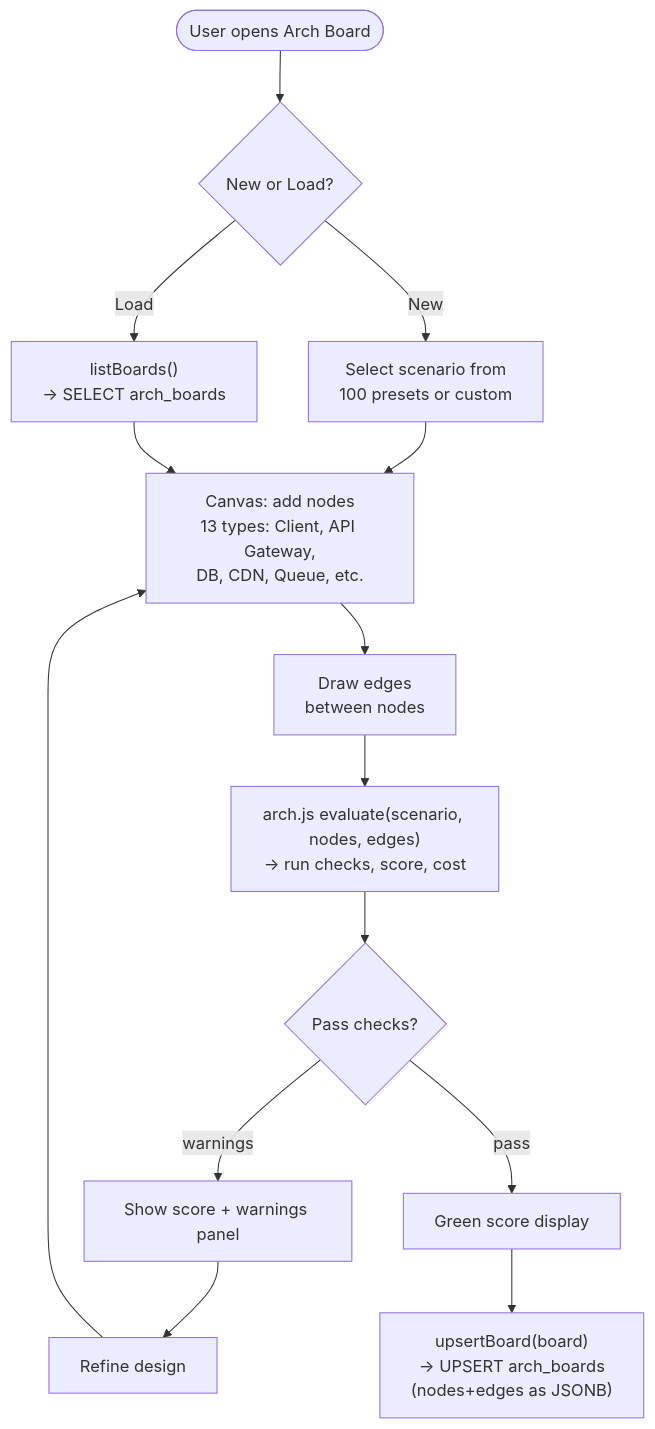
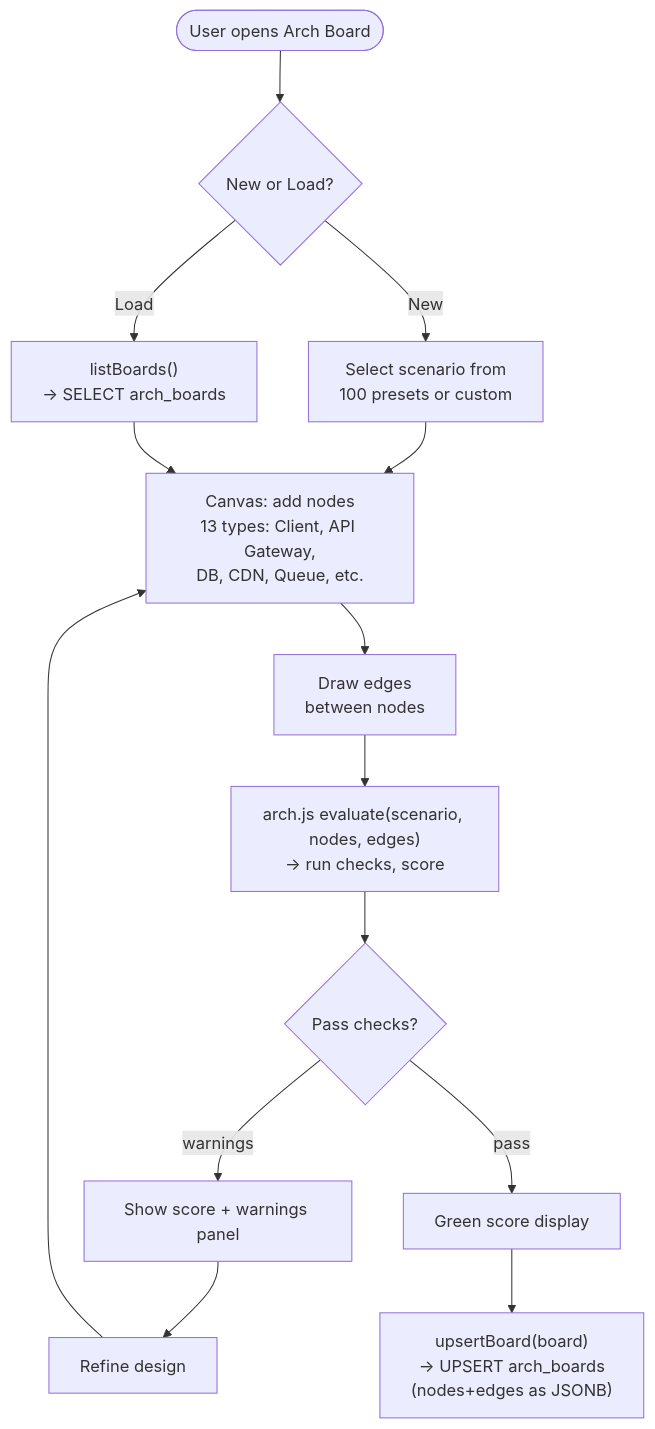
Diagram 11 of 13 in docs/system-design.md (Inn-Keeper/grip-apps), drawn with Mermaid before and after one commit. The commit also changed 115 other files, not shown here.

````diff
--- a/docs/system-design.md
+++ b/docs/system-design.md
@@ -334,16 +334,16 @@
 ```mermaid
 flowchart TD
     A([User opens Arch Board]) --> B{New or Load?}
     B -->|New| C["Select scenario from\n100 presets or custom"]
     B -->|Load| D["listBoards()\n→ SELECT arch_boards"]
     C --> E["Canvas: add nodes\n13 types: Client, API Gateway,\nDB, CDN, Queue, etc."]
     D --> E
     E --> F["Draw edges\nbetween nodes"]
-    F --> G["arch.js evaluate(scenario, nodes, edges)\n→ run checks, score, cost"]
+    F --> G["arch.js evaluate(scenario, nodes, edges)\n→ run checks, score"]
     G --> H{Pass checks?}
     H -->|warnings| I["Show score + warnings panel"]
     H -->|pass| J["Green score display"]
     I --> K["Refine design"]
     K --> E
     J --> L["upsertBoard(board)\n→ UPSERT arch_boards\n(nodes+edges as JSONB)"]
 ```
````
